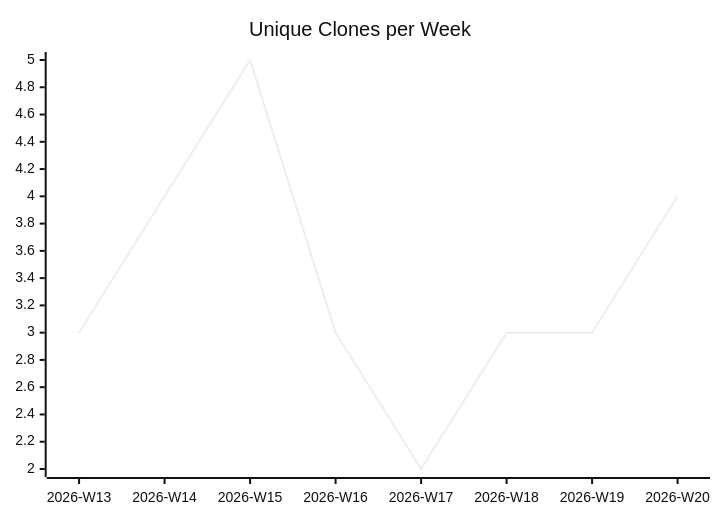
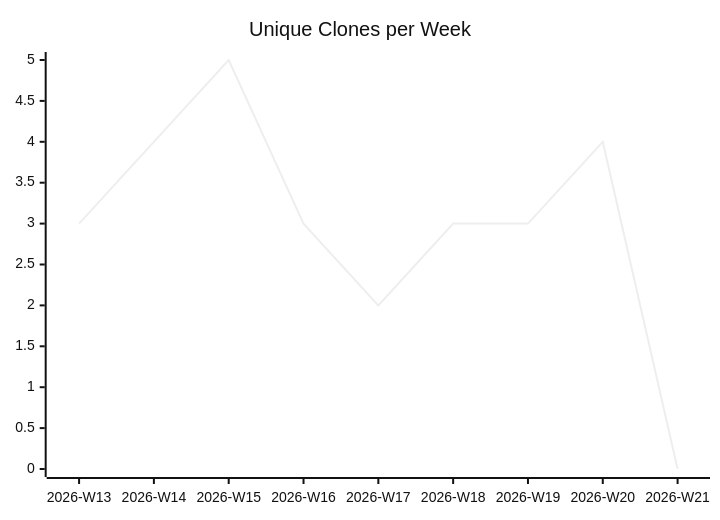
One commit to justdavis-family/github-analytics-data changed the third of 3 diagrams in karlmdavis/justdavis-karl/README.md. Above: the diagram before and after it, drawn with Mermaid (neutral theme). The commit also changed other lines of this file and 189 other files, not shown here.

````diff
--- a/karlmdavis/justdavis-karl/README.md
+++ b/karlmdavis/justdavis-karl/README.md
@@ -19,6 +19,6 @@
 ```mermaid
 xychart-beta
   title "Unique Clones per Week"
-  x-axis ["2026-W13", "2026-W14", "2026-W15", "2026-W16", "2026-W17", "2026-W18", "2026-W19", "2026-W20"]
-  line [3, 4, 5, 3, 2, 3, 3, 4]
+  x-axis ["2026-W13", "2026-W14", "2026-W15", "2026-W16", "2026-W17", "2026-W18", "2026-W19", "2026-W20", "2026-W21"]
+  line [3, 4, 5, 3, 2, 3, 3, 4, 0]
 ```
````
